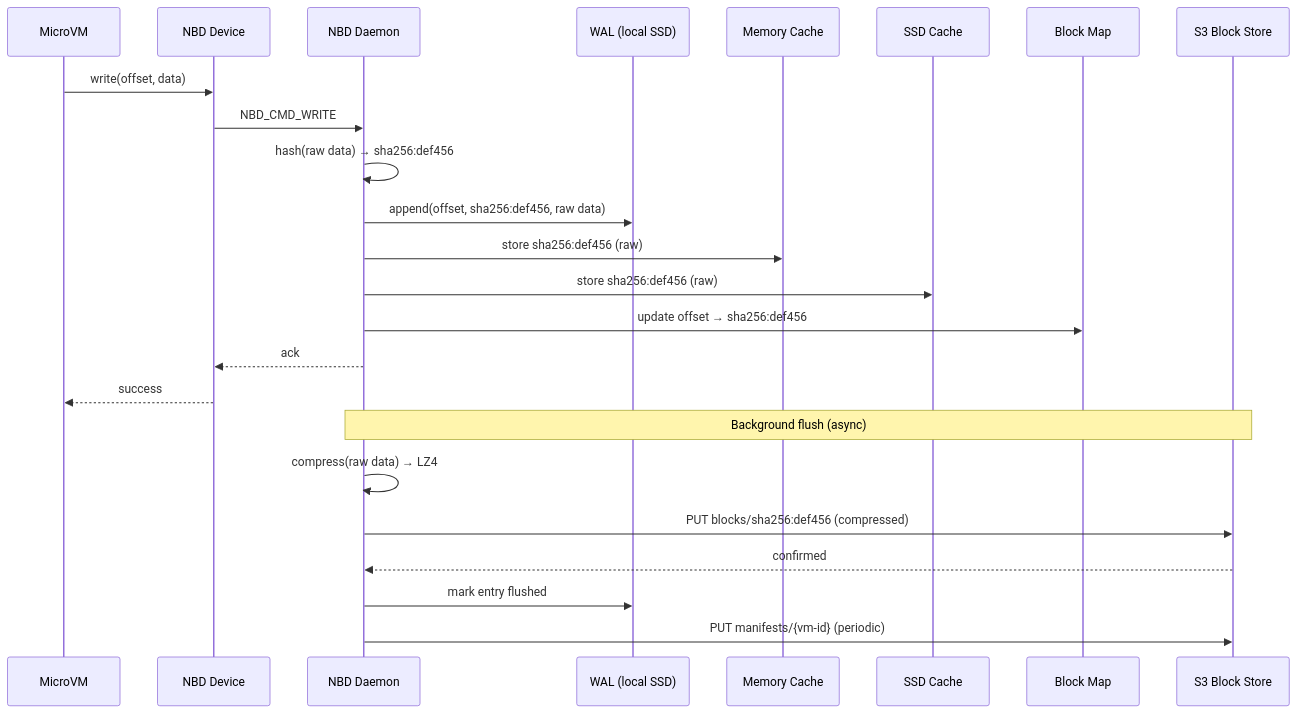
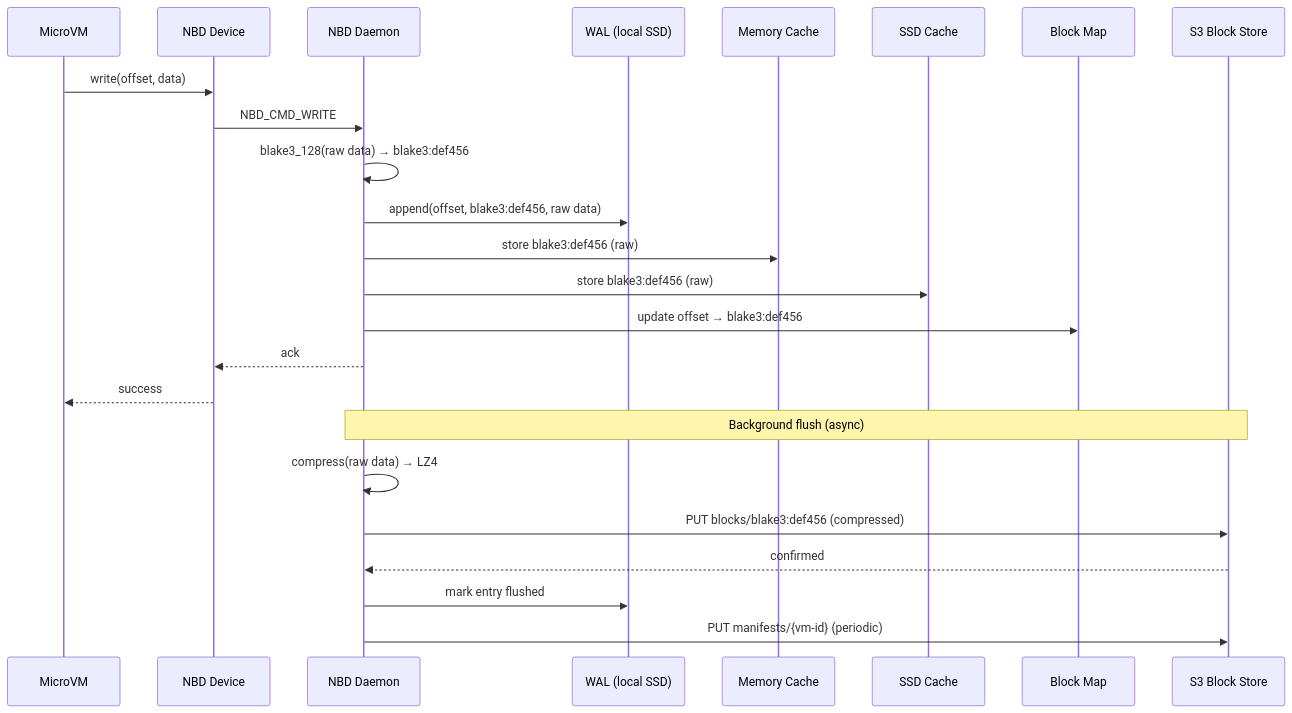
Before and after one commit to paraglidehq/glidefs: the third of 18 diagrams in GLIDEv2.md, drawn with Mermaid. The commit also changed other lines of this file, not shown here.

````diff
--- a/GLIDEv2.md
+++ b/GLIDEv2.md
@@ -144,28 +144,28 @@
 ```mermaid
 sequenceDiagram
     participant VM as MicroVM
     participant NBD as NBD Device
     participant D as NBD Daemon
     participant WAL as WAL (local SSD)
     participant MC as Memory Cache
     participant SC as SSD Cache
     participant M as Block Map
     participant S3 as S3 Block Store
 
     VM->>NBD: write(offset, data)
     NBD->>D: NBD_CMD_WRITE
-    D->>D: hash(raw data) → sha256:def456
-    D->>WAL: append(offset, sha256:def456, raw data)
-    D->>MC: store sha256:def456 (raw)
-    D->>SC: store sha256:def456 (raw)
-    D->>M: update offset → sha256:def456
+    D->>D: blake3_128(raw data) → blake3:def456
+    D->>WAL: append(offset, blake3:def456, raw data)
+    D->>MC: store blake3:def456 (raw)
+    D->>SC: store blake3:def456 (raw)
+    D->>M: update offset → blake3:def456
     D-->>NBD: ack
     NBD-->>VM: success
 
     Note over D,S3: Background flush (async)
     D->>D: compress(raw data) → LZ4
-    D->>S3: PUT blocks/sha256:def456 (compressed)
+    D->>S3: PUT blocks/blake3:def456 (compressed)
     S3-->>D: confirmed
     D->>WAL: mark entry flushed
     D->>S3: PUT manifests/{vm-id} (periodic)
 ```
````
